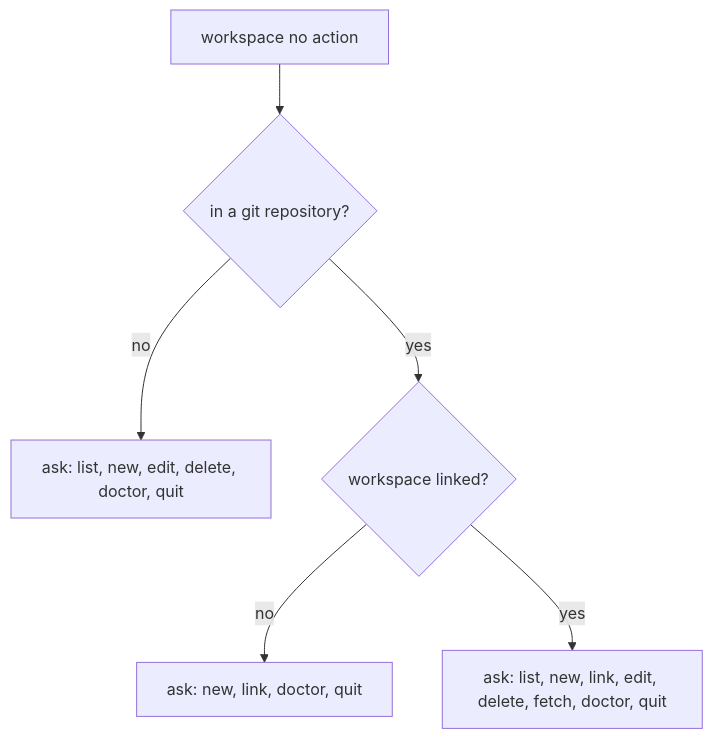
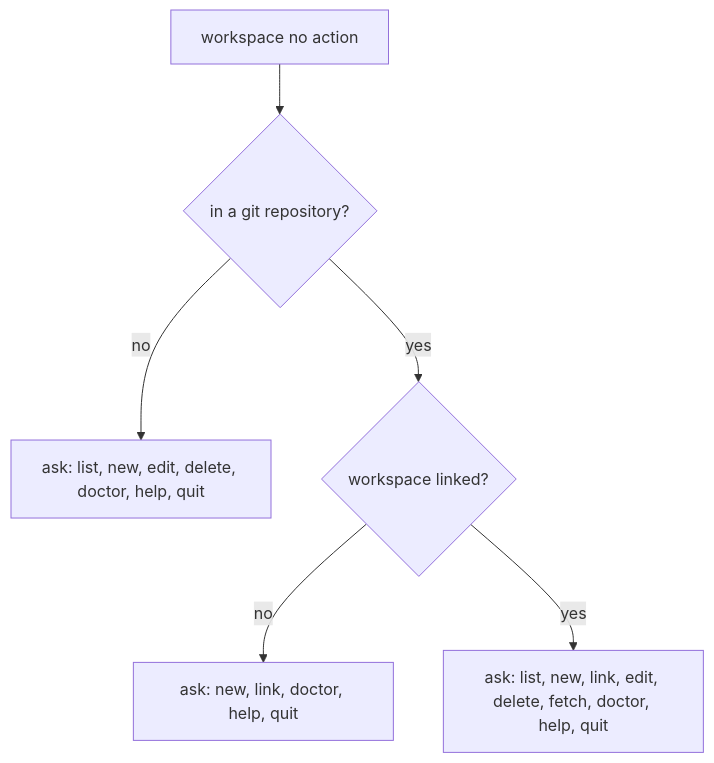
The diagram in docs/06-00-workspace.md (extsoft/elegant-git), drawn with Mermaid before and after one commit. The commit also changed other lines of this file and 21 other files, not shown here.

````diff
--- a/docs/06-00-workspace.md
+++ b/docs/06-00-workspace.md
@@ -70,9 +70,9 @@
 ```mermaid
 flowchart TD
   start[workspace no action]
   start --> inGit{in a git repository?}
-  inGit -->|no| outside["ask: list, new, edit, delete, doctor, quit"]
+  inGit -->|no| outside["ask: list, new, edit, delete, doctor, help, quit"]
   inGit -->|yes| linked{workspace linked?}
-  linked -->|no| unlinked["ask: new, link, doctor, quit"]
-  linked -->|yes| linkedAsk["ask: list, new, link, edit, delete, fetch, doctor, quit"]
+  linked -->|no| unlinked["ask: new, link, doctor, help, quit"]
+  linked -->|yes| linkedAsk["ask: list, new, link, edit, delete, fetch, doctor, help, quit"]
 ```
````
